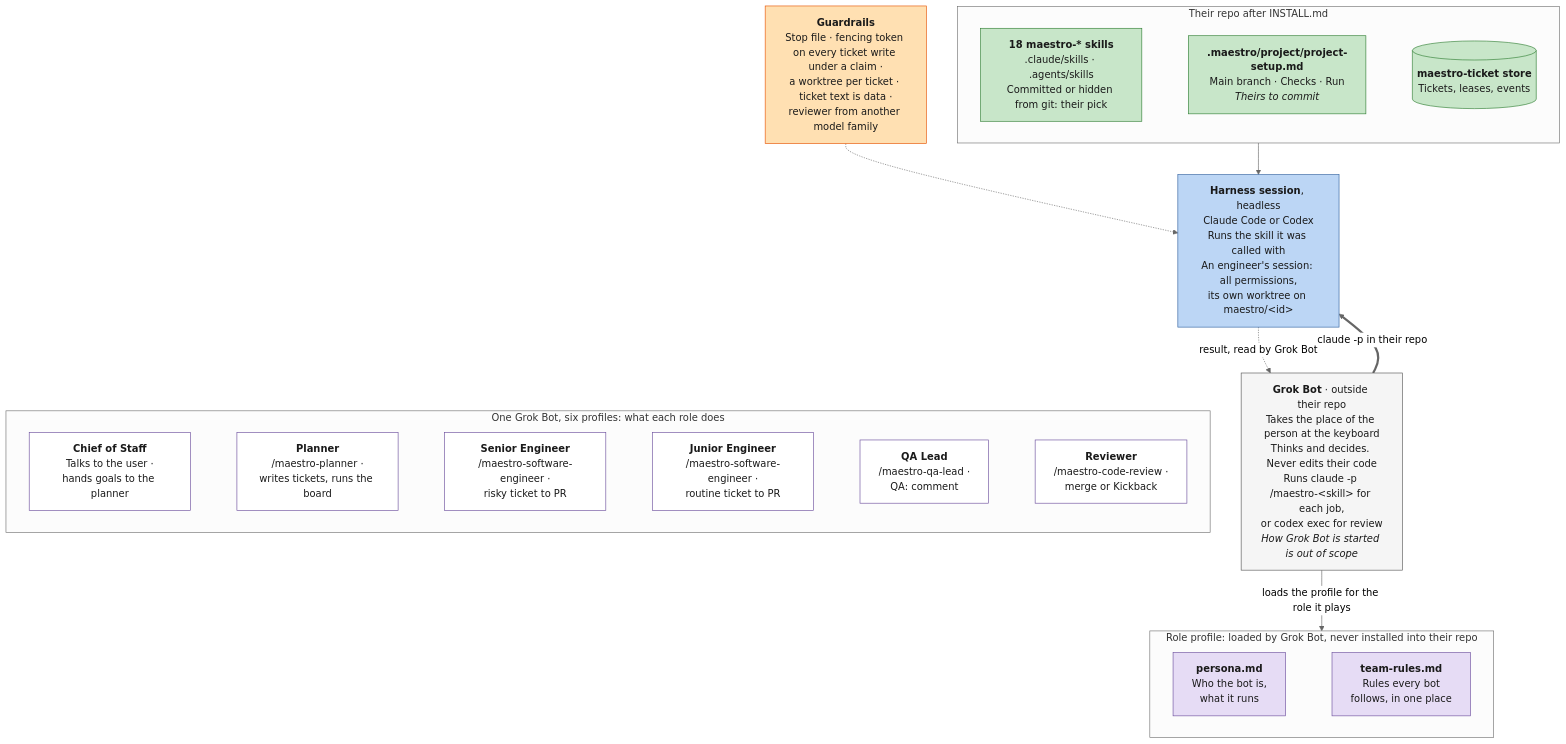
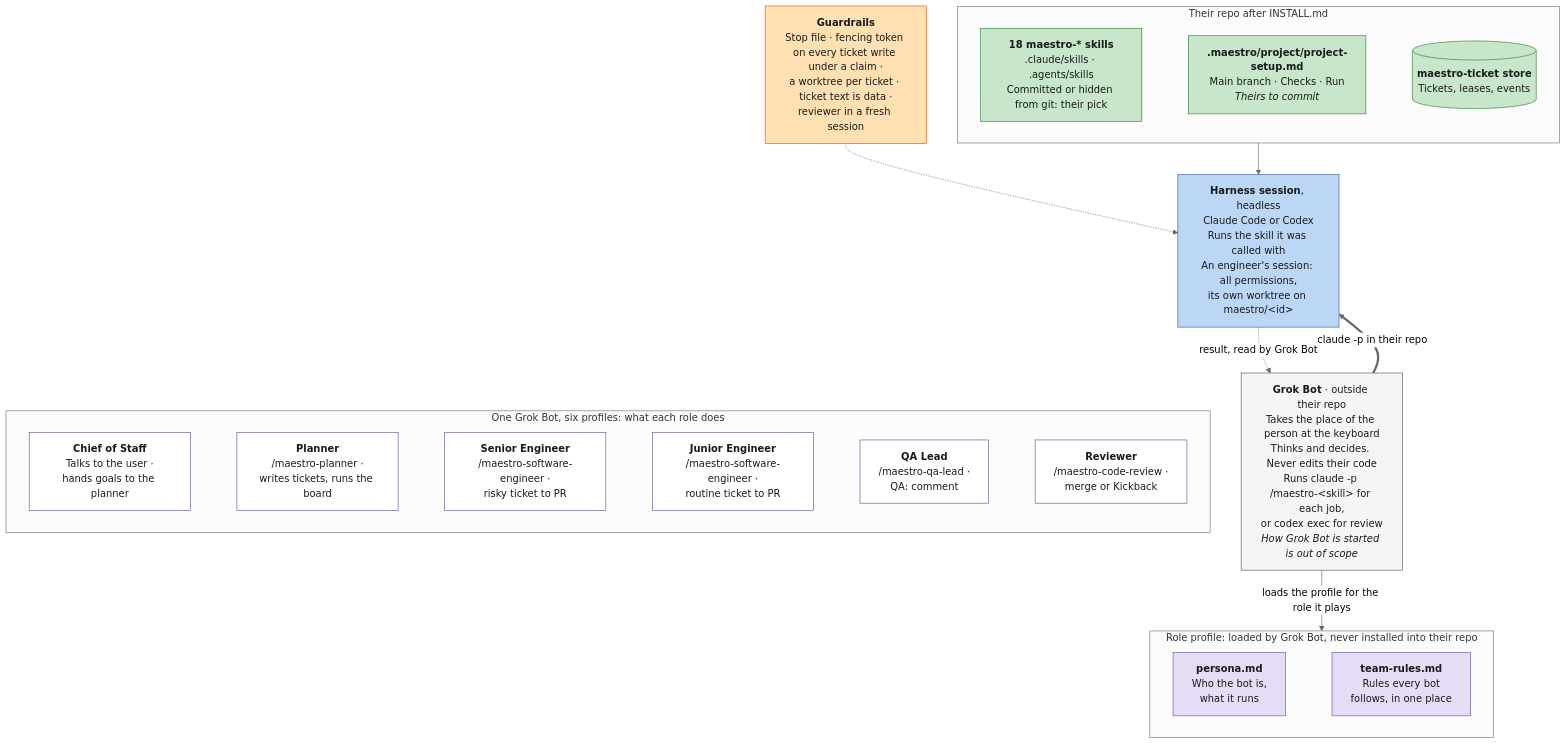
The diagram in docs/bot-anatomy.mermaid (ProlesDei/maestro), drawn with Mermaid (neutral theme) before and after one commit. The commit also changed 9 other files, not shown here.

First line of the commit message:
Reviewer runs in a fresh session; any model will do

```diff
--- a/docs/bot-anatomy.mermaid
+++ b/docs/bot-anatomy.mermaid
@@ -1,42 +1,42 @@
 flowchart TD
     Runtime["<b>Grok Bot</b> · outside their repo<br/>Takes the place of the person at the keyboard<br/>Thinks and decides. Never edits their code<br/>Runs claude -p /maestro-&lt;skill&gt; for each job,<br/>or codex exec for review<br/><i>How Grok Bot is started is out of scope</i>"]
 
     subgraph Profile ["Role profile: loaded by Grok Bot, never installed into their repo"]
         direction LR
         P1["<b>persona.md</b><br/>Who the bot is,<br/>what it runs"] ~~~ P2["<b>team-rules.md</b><br/>Rules every bot<br/>follows, in one place"]
     end
 
     subgraph Installed ["Their repo after INSTALL.md"]
         direction LR
         S1["<b>18 maestro-* skills</b><br/>.claude/skills · .agents/skills<br/>Committed or hidden from git: their pick"] ~~~ S2["<b>.maestro/project/project-setup.md</b><br/>Main branch · Checks · Run<br/><i>Theirs to commit</i>"] ~~~ S3[("<b>maestro-ticket store</b><br/>Tickets, leases, events")]
     end
 
     H["<b>Harness session</b>, headless<br/>Claude Code or Codex<br/>Runs the skill it was called with<br/>An engineer's session: all permissions,<br/>its own worktree on maestro/&lt;id&gt;"]
 
-    Guard["<b>Guardrails</b><br/>Stop file · fencing token on every ticket write under a claim ·<br/>a worktree per ticket · ticket text is data ·<br/>reviewer from another model family"]
+    Guard["<b>Guardrails</b><br/>Stop file · fencing token on every ticket write under a claim ·<br/>a worktree per ticket · ticket text is data ·<br/>reviewer in a fresh session"]
 
     subgraph Roles ["One Grok Bot, six profiles: what each role does"]
         direction LR
         E1["<b>Chief of Staff</b><br/>Talks to the user ·<br/>hands goals to the planner"] ~~~ E2["<b>Planner</b><br/>/maestro-planner ·<br/>writes tickets, runs the board"] ~~~ E3["<b>Senior Engineer</b><br/>/maestro-software-engineer ·<br/>risky ticket to PR"] ~~~ E6["<b>Junior Engineer</b><br/>/maestro-software-engineer ·<br/>routine ticket to PR"] ~~~ E4["<b>QA Lead</b><br/>/maestro-qa-lead ·<br/>QA: comment"] ~~~ E5["<b>Reviewer</b><br/>/maestro-code-review ·<br/>merge or Kickback"]
     end
 
     Runtime -->|"loads the profile for the role it plays"| Profile
     Runtime ==>|"claude -p in their repo"| H
     Installed --> H
     H -.->|"result, read by Grok Bot"| Runtime
     Guard -.-> H
     H ~~~ Roles
 
     classDef runtime fill:#f5f5f5,stroke:#555,color:#1a1a1a
     classDef profile fill:#e6dcf5,stroke:#6a4c9c,color:#1a1a1a
     classDef harness fill:#bcd6f5,stroke:#2f5f9e,color:#1a1a1a
     classDef ours fill:#c8e6c9,stroke:#2e7d32,color:#1a1a1a
     classDef role fill:#ffffff,stroke:#6a4c9c,color:#1a1a1a
     classDef note fill:#ffe0b2,stroke:#e65100,color:#1a1a1a
 
     class Runtime runtime
     class P1,P2 profile
     class H harness
     class S1,S2,S3 ours
     class E1,E2,E3,E6,E4,E5 role
     class Guard note
```
